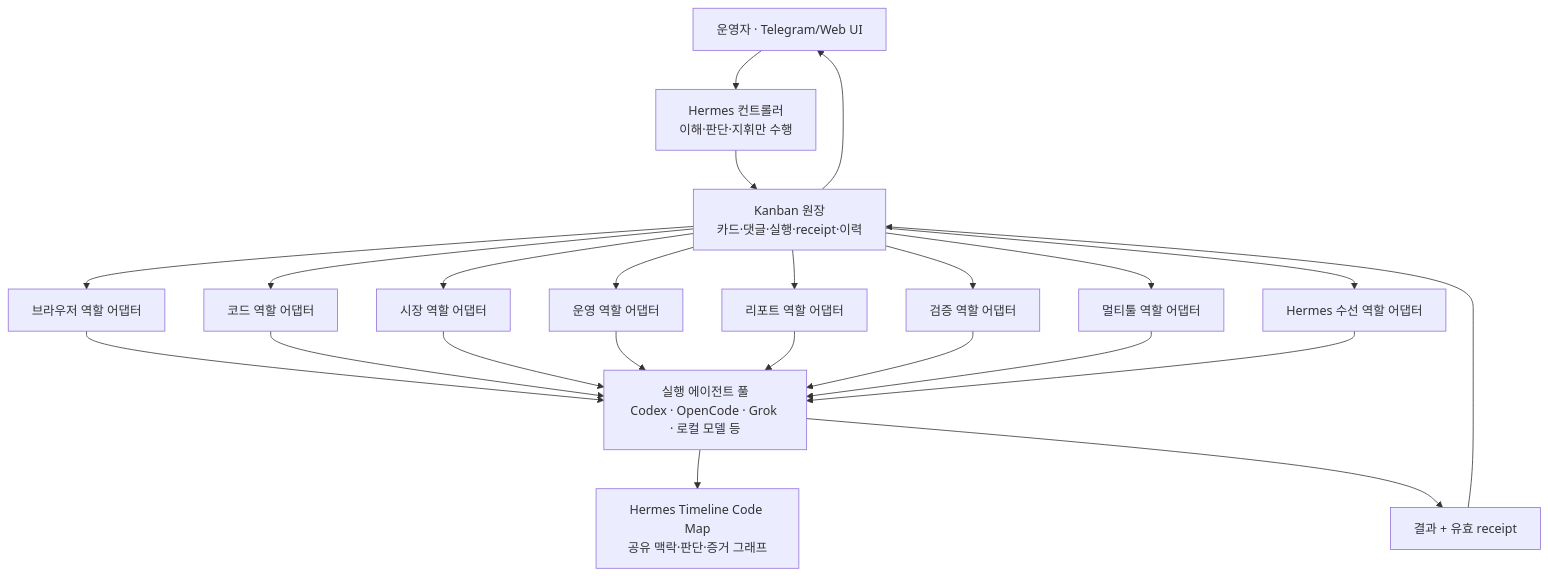
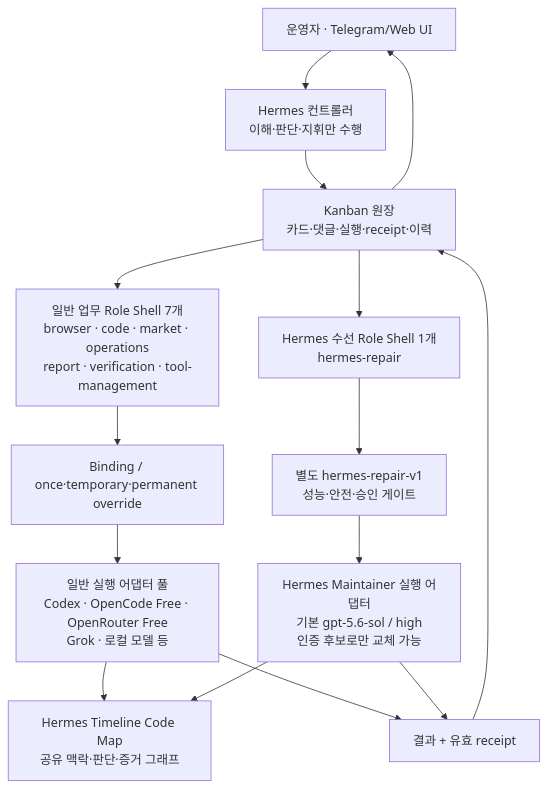
One commit to JUNJOONHWAN/HERMES-TEAM changed the first of 2 diagrams in docs/HERMES_SUPERVISOR_OPERATIONS_KO.md. Above: the diagram before and after it, drawn with Mermaid. The commit also changed other lines of this file and 7 other files, not shown here.

Commit message:
feat(supervisor): route free workers through role shells

````diff
--- a/docs/HERMES_SUPERVISOR_OPERATIONS_KO.md
+++ b/docs/HERMES_SUPERVISOR_OPERATIONS_KO.md
@@ -32,18 +32,17 @@
 ```mermaid
 flowchart TD
     U["운영자 · Telegram/Web UI"] --> H["Hermes 컨트롤러<br/>이해·판단·지휘만 수행"]
     H --> K["Kanban 원장<br/>카드·댓글·실행·receipt·이력"]
-    K --> A1["브라우저 역할 어댑터"]
-    K --> A2["코드 역할 어댑터"]
-    K --> A3["시장 역할 어댑터"]
-    K --> A4["운영 역할 어댑터"]
-    K --> A5["리포트 역할 어댑터"]
-    K --> A6["검증 역할 어댑터"]
-    K --> A7["멀티툴 역할 어댑터"]
-    K --> A8["Hermes 수선 역할 어댑터"]
-    A1 & A2 & A3 & A4 & A5 & A6 & A7 & A8 --> E["실행 에이전트 풀<br/>Codex · OpenCode · Grok · 로컬 모델 등"]
+    K --> O["일반 업무 Role Shell 7개<br/>browser · code · market · operations<br/>report · verification · tool-management"]
+    K --> S["Hermes 수선 Role Shell 1개<br/>hermes-repair"]
+    O --> B["Binding / once·temporary·permanent override"]
+    B --> E["일반 실행 어댑터 풀<br/>Codex · OpenCode Free · OpenRouter Free<br/>Grok · 로컬 모델 등"]
+    S --> G["별도 hermes-repair-v1<br/>성능·안전·승인 게이트"]
+    G --> M["Hermes Maintainer 실행 어댑터<br/>기본 gpt-5.6-sol / high<br/>인증 후보로만 교체 가능"]
     E --> T["Hermes Timeline Code Map<br/>공유 맥락·판단·증거 그래프"]
+    M --> T
     E --> R["결과 + 유효 receipt"]
+    M --> R
     R --> K
     K --> U
 ```
````
